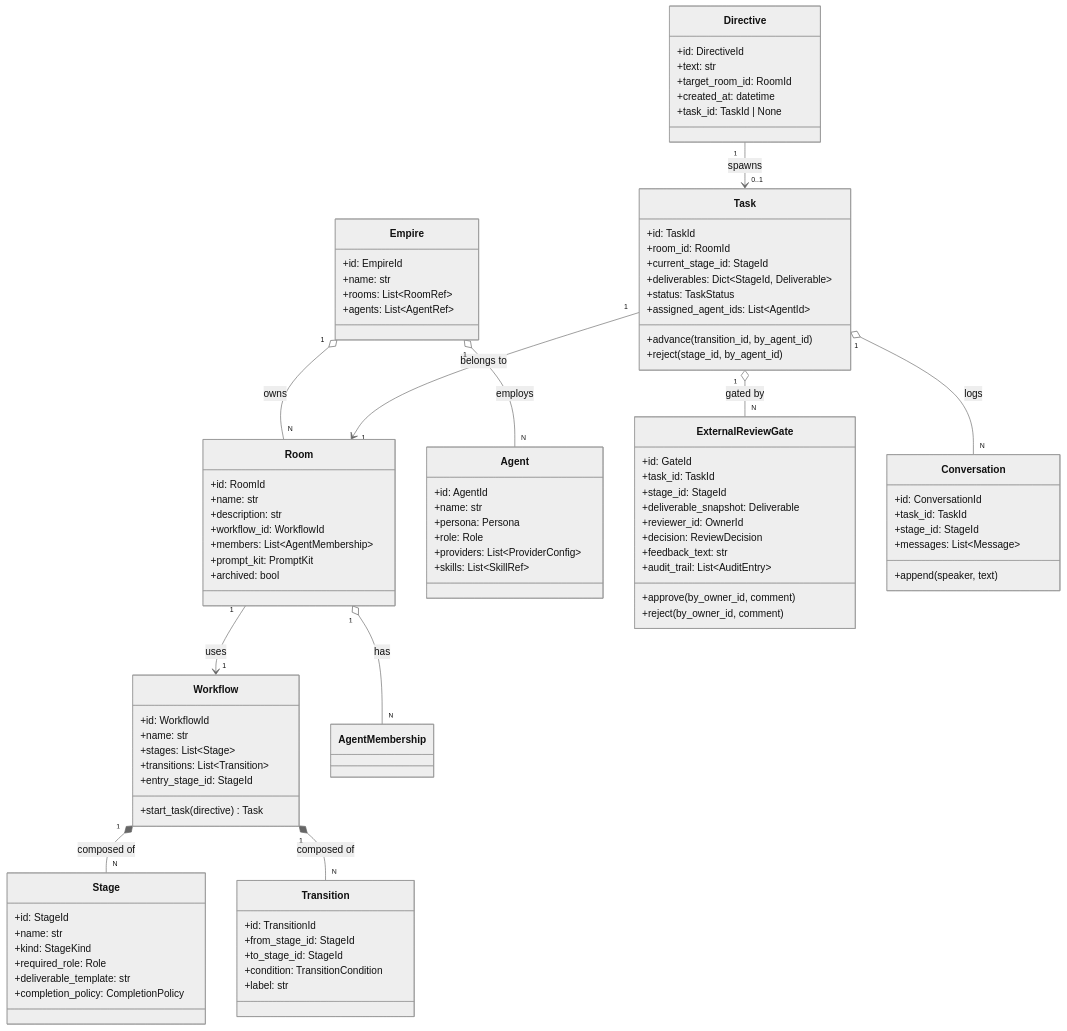
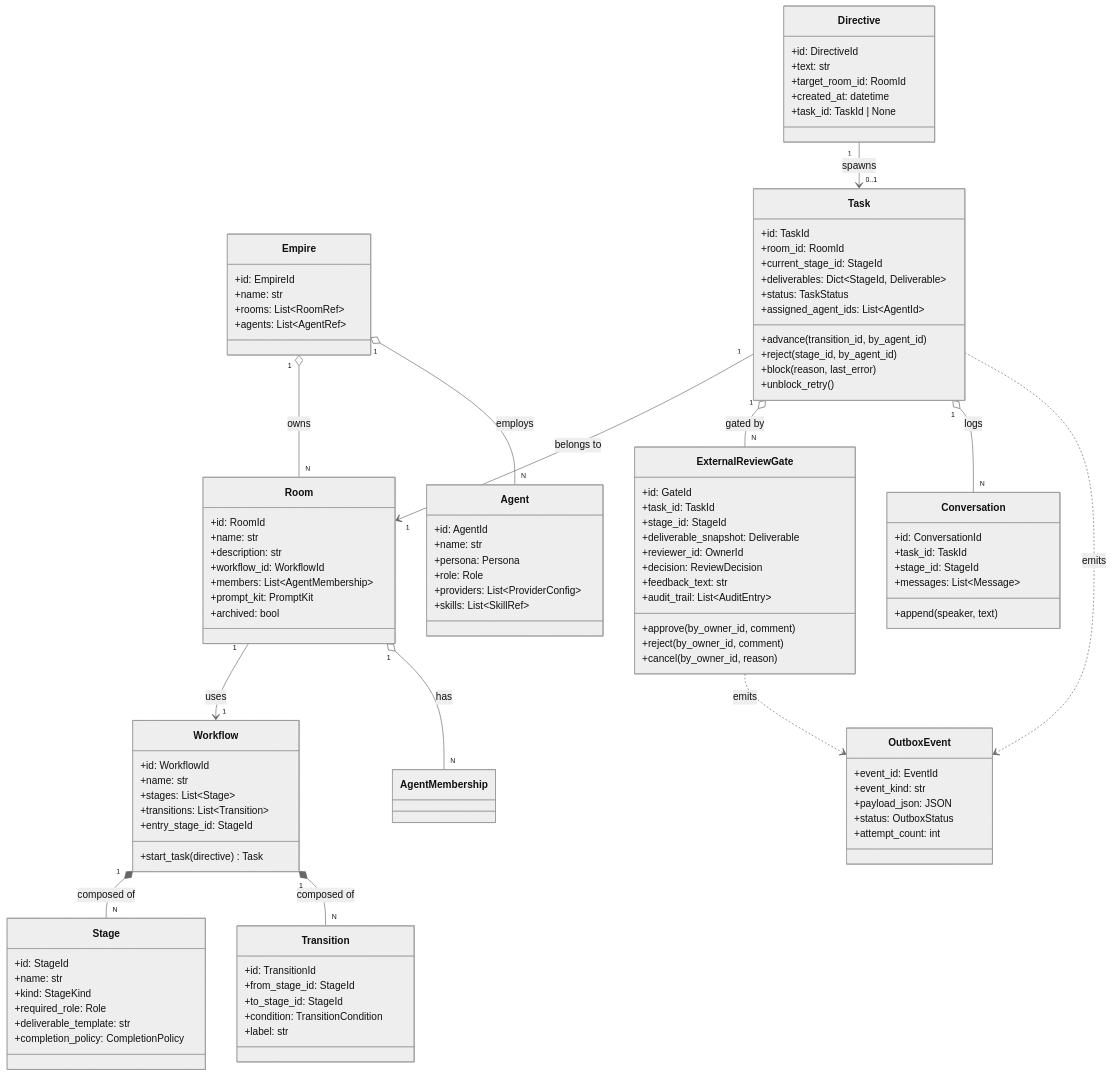
One commit to bakufu-dev/bakufu changed the diagram in docs/architecture/domain-model.md. Above: the diagram before and after it, drawn with Mermaid (neutral theme). The commit also changed other lines of this file and 9 other files, not shown here.

First line of the commit message:
docs(architecture): resolve Phase 0 unresolved risks (#6)

````diff
--- a/docs/architecture/domain-model.md
+++ b/docs/architecture/domain-model.md
@@ -71,6 +86,8 @@
         +assigned_agent_ids: List~AgentId~
         +advance(transition_id, by_agent_id)
         +reject(stage_id, by_agent_id)
+        +block(reason, last_error)
+        +unblock_retry()
     }
     class Directive {
         +id: DirectiveId
@@ -90,6 +107,7 @@
         +audit_trail: List~AuditEntry~
         +approve(by_owner_id, comment)
         +reject(by_owner_id, comment)
+        +cancel(by_owner_id, reason)
     }
     class Conversation {
         +id: ConversationId
@@ -97,6 +115,13 @@
         +stage_id: StageId
         +messages: List~Message~
         +append(speaker, text)
+    }
+    class OutboxEvent {
+        +event_id: EventId
+        +event_kind: str
+        +payload_json: JSON
+        +status: OutboxStatus
+        +attempt_count: int
     }
 
     Empire "1" o-- "N" Room : owns
@@ -109,4 +134,6 @@
     Task "1" o-- "N" ExternalReviewGate : gated by
     Task "1" o-- "N" Conversation : logs
     Directive "1" --> "0..1" Task : spawns
+    Task ..> OutboxEvent : emits
+    ExternalReviewGate ..> OutboxEvent : emits
 ```
````
